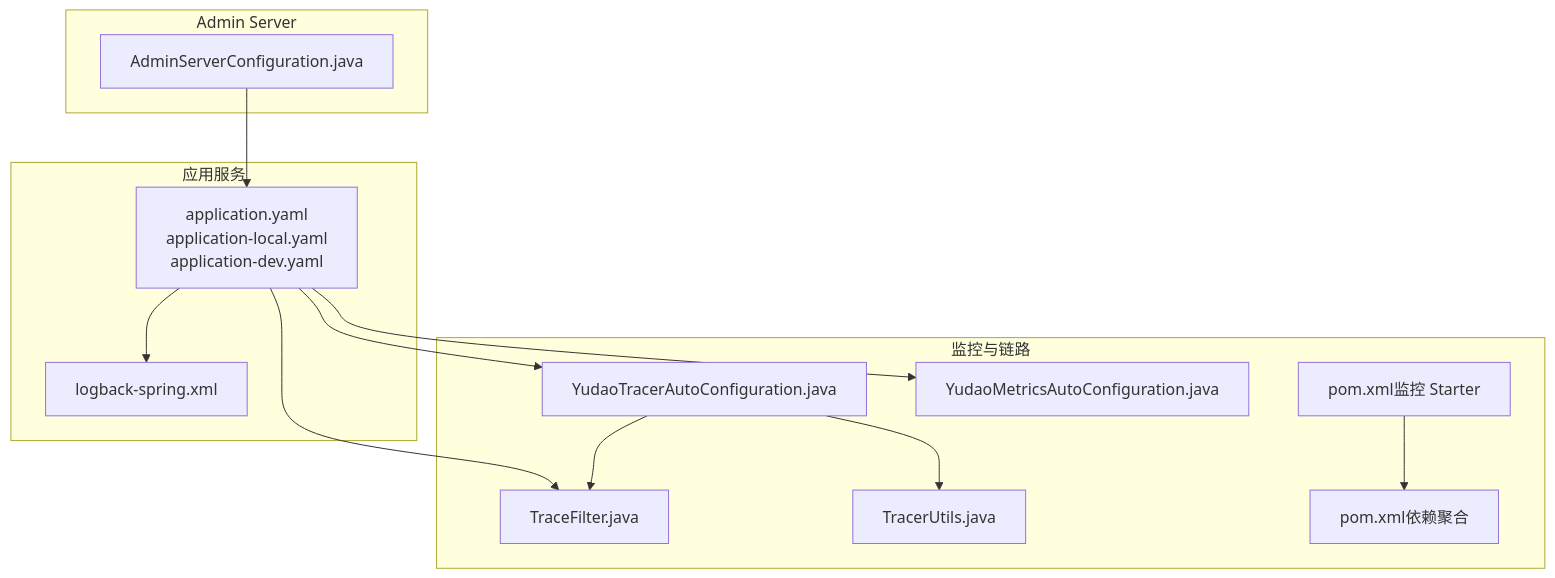
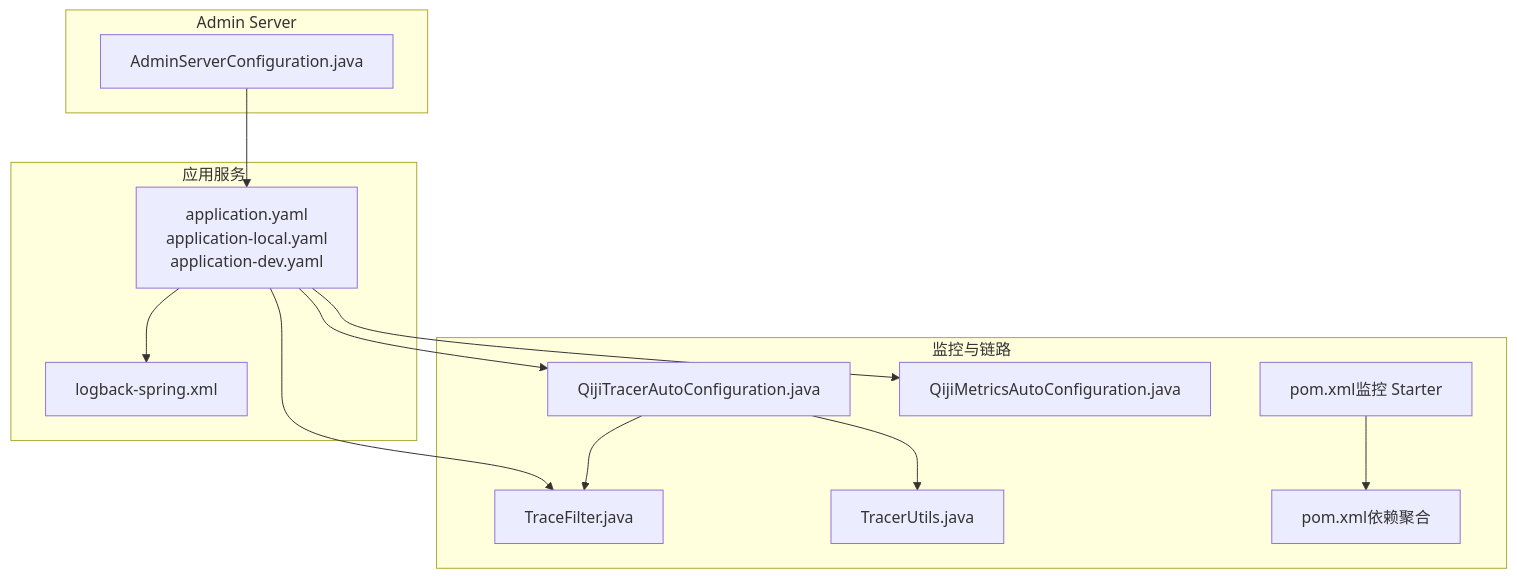
Before and after one commit to zhuangpengLI/AgenticCPS: the first of 6 diagrams in backend/.qoder/repowiki/zh/content/部署与运维/监控与日志.md, drawn with Mermaid. The commit also changed other lines of this file and 3489 other files, not shown here.

````diff
--- a/backend/.qoder/repowiki/zh/content/部署与运维/监控与日志.md
+++ b/backend/.qoder/repowiki/zh/content/部署与运维/监控与日志.md
@@ -47,26 +47,26 @@
 ```mermaid
 graph TB
 subgraph "应用服务"
 A["application.yaml<br/>application-local.yaml<br/>application-dev.yaml"]
 L["logback-spring.xml"]
 end
 subgraph "监控与链路"
-TAC["YudaoTracerAutoConfiguration.java"]
-MAC["YudaoMetricsAutoConfiguration.java"]
+TAC["QijiTracerAutoConfiguration.java"]
+MAC["QijiMetricsAutoConfiguration.java"]
 TF["TraceFilter.java"]
 TU["TracerUtils.java"]
 POMT["pom.xml监控 Starter"]
 POMD["pom.xml依赖聚合"]
 end
 subgraph "Admin Server"
 ASC["AdminServerConfiguration.java"]
 end
 A --> TAC
 A --> MAC
 A --> TF
 A --> L
 TAC --> TF
 TAC --> TU
 POMT --> POMD
 ASC --> A
 ```
````
